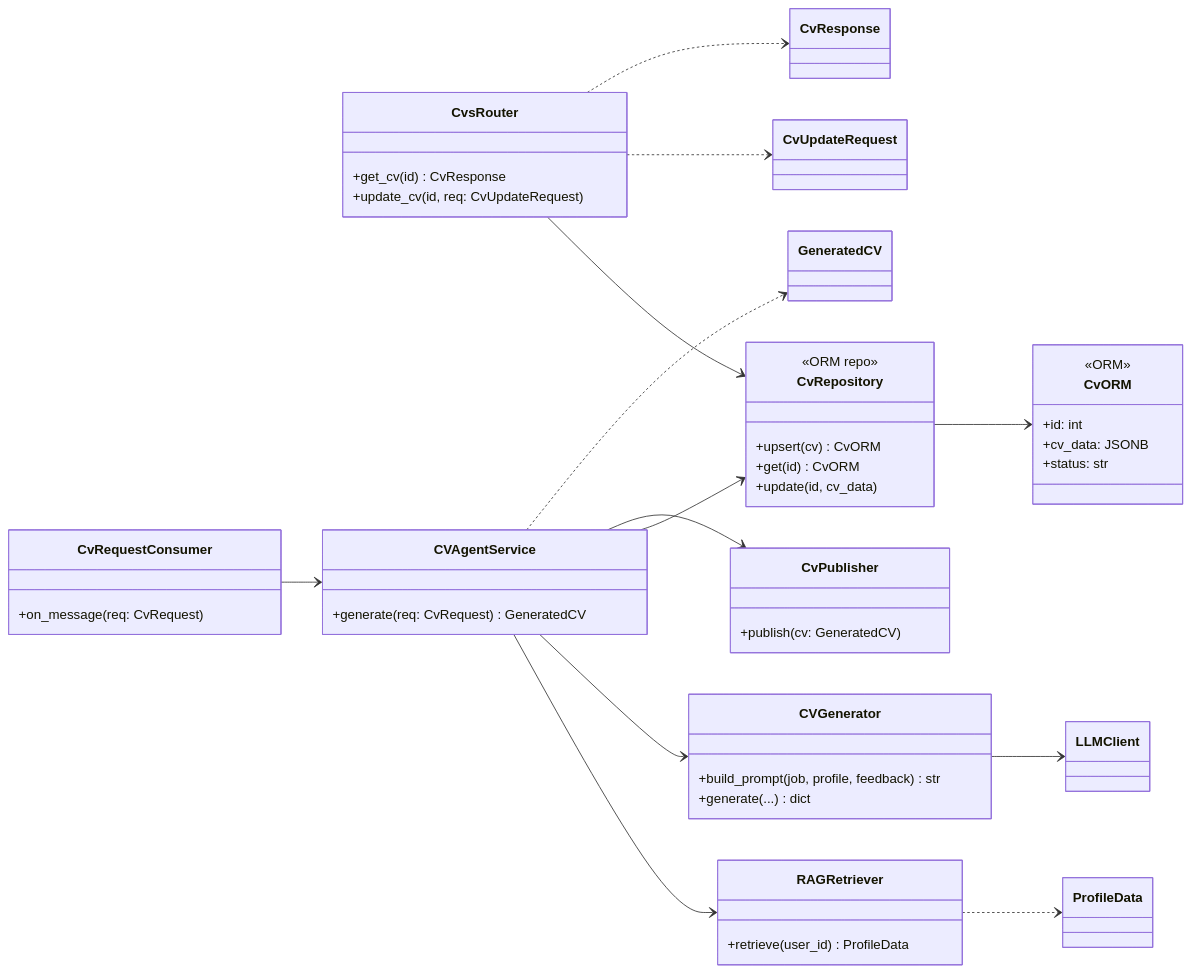
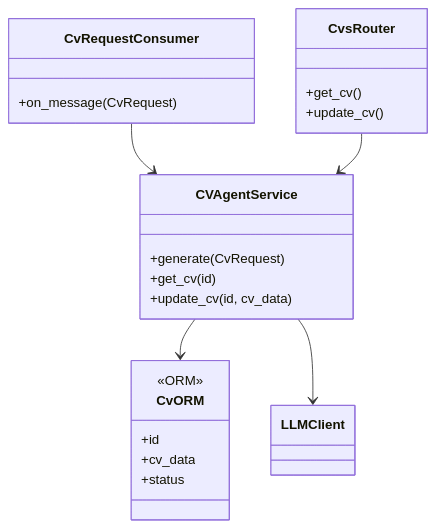
One commit to Tooltu-deve/Autonomous-Career-Agent changed the sixth of 9 diagrams in docs/CLASS_DIAGRAM.md. Above: the diagram before and after it, drawn with Mermaid. The commit also changed other lines of this file, not shown here.

Commit message:
docs: simplify class diagrams to core classes per component

````diff
--- a/docs/CLASS_DIAGRAM.md
+++ b/docs/CLASS_DIAGRAM.md
@@ -269,51 +170,25 @@
 ```mermaid
 classDiagram
-    direction LR
     class CvRequestConsumer {
-        +on_message(req: CvRequest)
+        +on_message(CvRequest)
     }
     class CvsRouter {
-        +get_cv(id) CvResponse
-        +update_cv(id, req: CvUpdateRequest)
+        +get_cv()
+        +update_cv()
     }
     class CVAgentService {
-        +generate(req: CvRequest) GeneratedCV
-    }
-    class RAGRetriever {
-        +retrieve(user_id) ProfileData
-    }
-    class CVGenerator {
-        +build_prompt(job, profile, feedback) str
-        +generate(...) dict
-    }
-    class CvPublisher {
-        +publish(cv: GeneratedCV)
-    }
-    class CvRepository {
-        <<ORM repo>>
-        +upsert(cv) CvORM
-        +get(id) CvORM
-        +update(id, cv_data)
+        +generate(CvRequest)
+        +get_cv(id)
+        +update_cv(id, cv_data)
     }
     class CvORM {
         <<ORM>>
-        +id: int
-        +cv_data: JSONB
-        +status: str
+        +id
+        +cv_data
+        +status
     }
-    class CvUpdateRequest
-    class CvResponse
-
     CvRequestConsumer --> CVAgentService
-    CvsRouter --> CvRepository
-    CVAgentService --> RAGRetriever
-    CVAgentService --> CVGenerator
-    CVAgentService --> CvRepository
-    CVAgentService --> CvPublisher
-    CVGenerator --> LLMClient
-    CvRepository --> CvORM
-    RAGRetriever ..> ProfileData
-    CVAgentService ..> GeneratedCV
-    CvsRouter ..> CvUpdateRequest
-    CvsRouter ..> CvResponse
+    CvsRouter --> CVAgentService
+    CVAgentService --> CvORM
+    CVAgentService --> LLMClient
 ```
````
